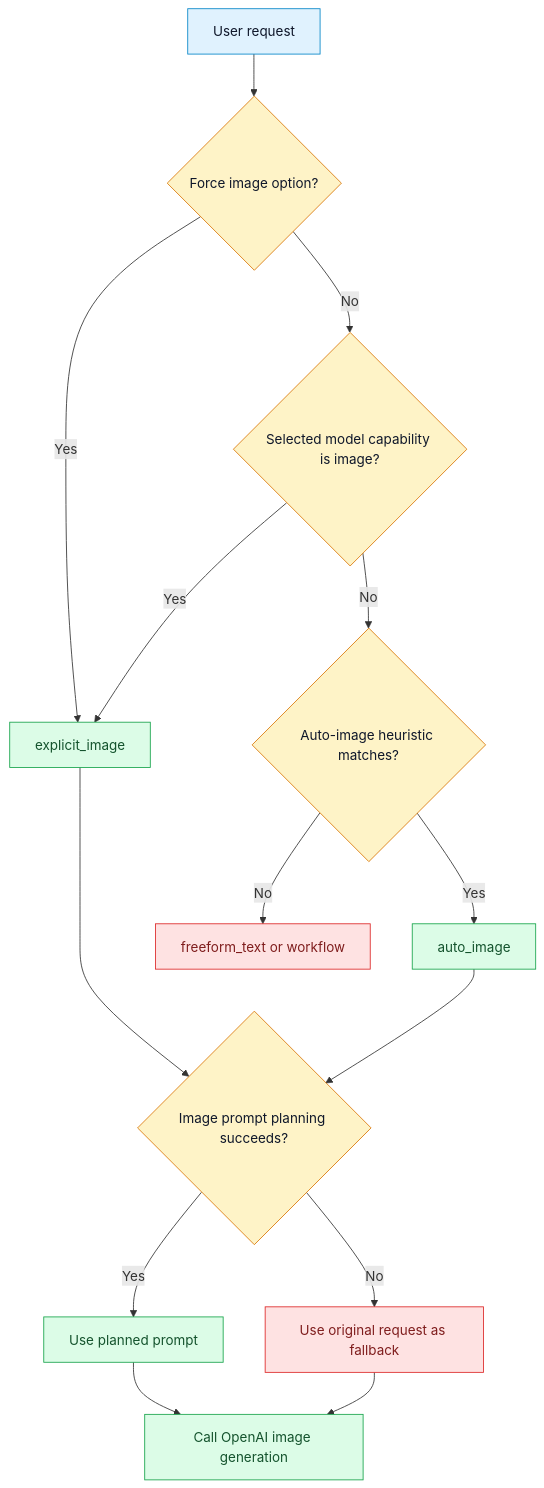
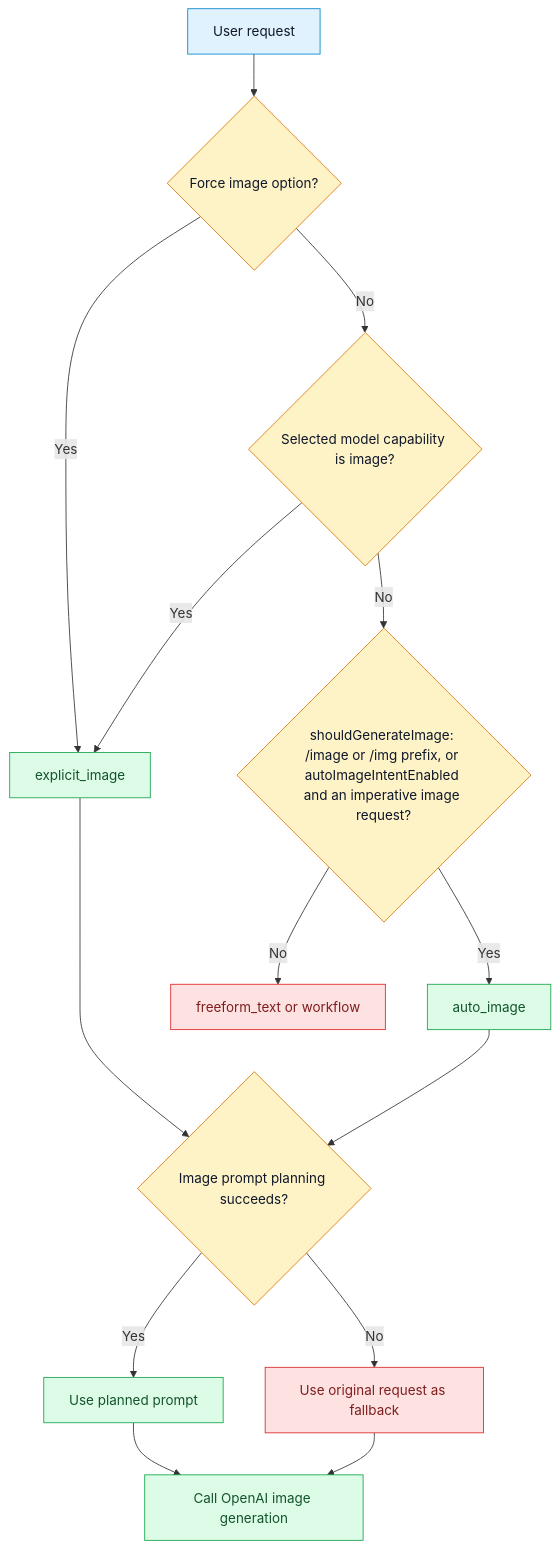
Before and after one commit to CodeWithBehnam/askmate: the fourth of 5 diagrams in DigVis/06-decision-trees.md, drawn with Mermaid. The commit also changed other lines of this file and 88 other files, not shown here.

````diff
--- a/DigVis/06-decision-trees.md
+++ b/DigVis/06-decision-trees.md
@@ -103,26 +106,26 @@
 ```mermaid
 flowchart TD
   UserRequest["User request"] --> Forced{"Force image option?"}
   Forced -- "Yes" --> ImageIntent["explicit_image"]
   Forced -- "No" --> ModelCap{"Selected model capability is image?"}
   ModelCap -- "Yes" --> ImageIntent
-  ModelCap -- "No" --> Heuristic{"Auto-image heuristic matches?"}
+  ModelCap -- "No" --> Heuristic{"shouldGenerateImage: /image or /img prefix, or autoImageIntentEnabled and an imperative image request?"}
   Heuristic -- "Yes" --> AutoImage["auto_image"]
   Heuristic -- "No" --> TextIntent["freeform_text or workflow"]
   ImageIntent --> Plan{"Image prompt planning succeeds?"}
   AutoImage --> Plan
   Plan -- "Yes" --> Planned["Use planned prompt"]
   Plan -- "No" --> Fallback["Use original request as fallback"]
   Planned --> Generate["Call OpenAI image generation"]
   Fallback --> Generate
 
   classDef decision fill:#FEF3C7,stroke:#D97706,color:#0F172A
   classDef yes fill:#DCFCE7,stroke:#16A34A,color:#14532D
   classDef no fill:#FEE2E2,stroke:#DC2626,color:#7F1D1D
   classDef core fill:#E0F2FE,stroke:#0284C7,color:#0F172A
 
   class Forced,ModelCap,Heuristic,Plan decision
   class ImageIntent,AutoImage,Planned,Generate yes
   class TextIntent,Fallback no
   class UserRequest core
 ```
````
